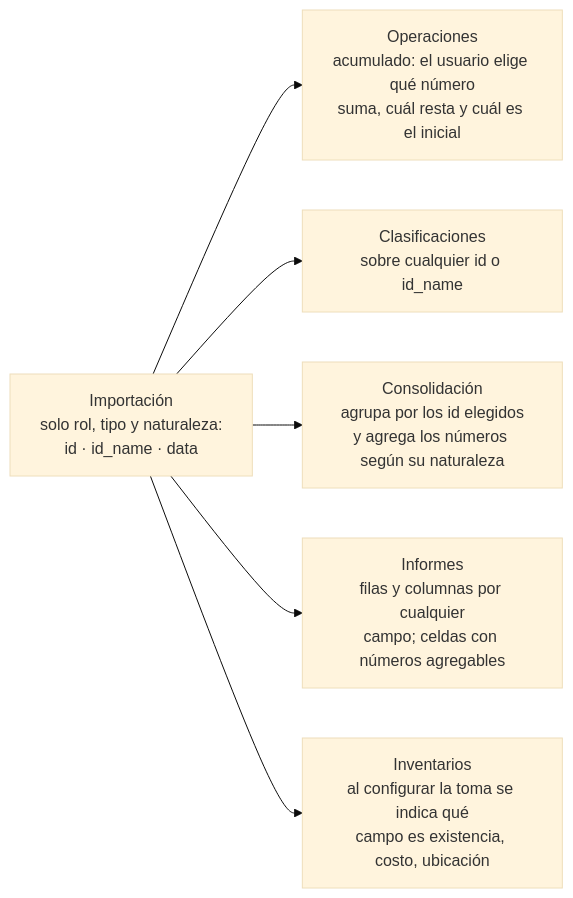
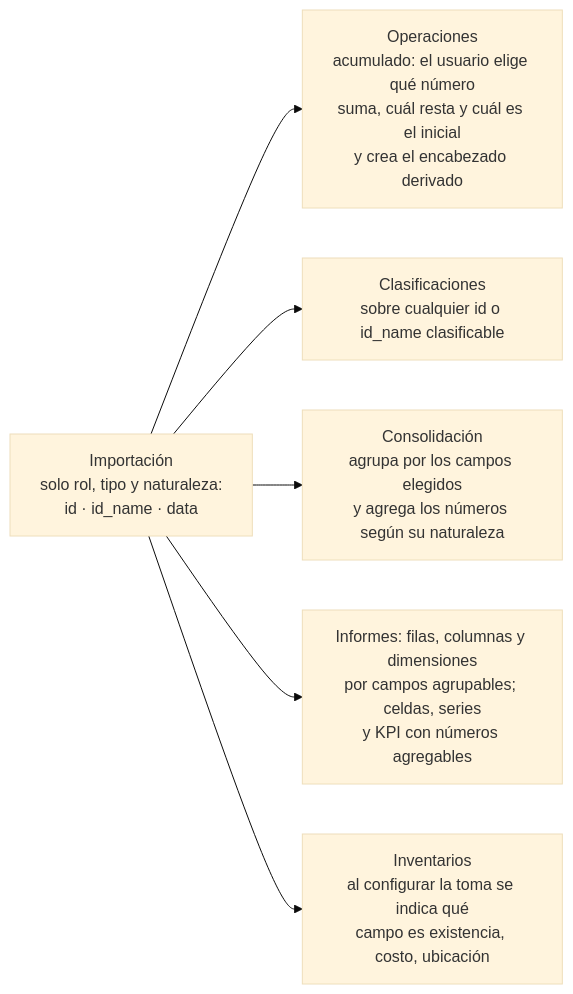
One commit to Axel-Esquivel/Asisteglt_v2 changed the second of 9 diagrams in docs/12-preconfiguraciones-y-carga-multiple.md. Above: the diagram before and after it, drawn with Mermaid (base theme). The commit also changed other lines of this file and 10 other files, not shown here.

````diff
--- a/docs/12-preconfiguraciones-y-carga-multiple.md
+++ b/docs/12-preconfiguraciones-y-carga-multiple.md
@@ -134,9 +251,9 @@
 ```mermaid
 flowchart LR
     imp["Importación<br/>solo rol, tipo y naturaleza:<br/>id · id_name · data"]
-    imp --> ops["Operaciones<br/>acumulado: el usuario elige qué número<br/>suma, cuál resta y cuál es el inicial"]
-    imp --> cls["Clasificaciones<br/>sobre cualquier id o id_name"]
-    imp --> con["Consolidación<br/>agrupa por los id elegidos<br/>y agrega los números según su naturaleza"]
-    imp --> rep["Informes<br/>filas y columnas por cualquier<br/>campo; celdas con números agregables"]
+    imp --> ops["Operaciones<br/>acumulado: el usuario elige qué número<br/>suma, cuál resta y cuál es el inicial<br/>y crea el encabezado derivado"]
+    imp --> cls["Clasificaciones<br/>sobre cualquier id o id_name clasificable"]
+    imp --> con["Consolidación<br/>agrupa por los campos elegidos<br/>y agrega los números según su naturaleza"]
+    imp --> rep["Informes: filas, columnas y dimensiones<br/>por campos agrupables; celdas, series<br/>y KPI con números agregables"]
     imp --> inv["Inventarios<br/>al configurar la toma se indica qué<br/>campo es existencia, costo, ubicación"]
 ```
````
